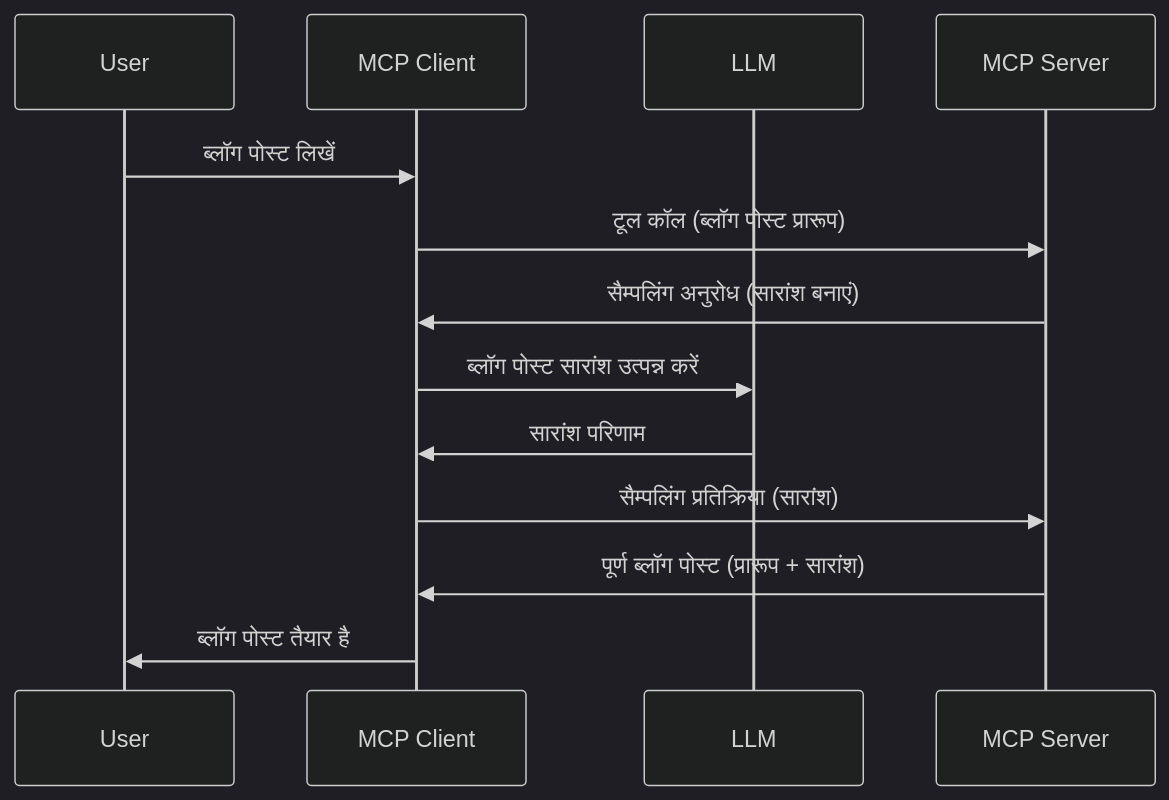
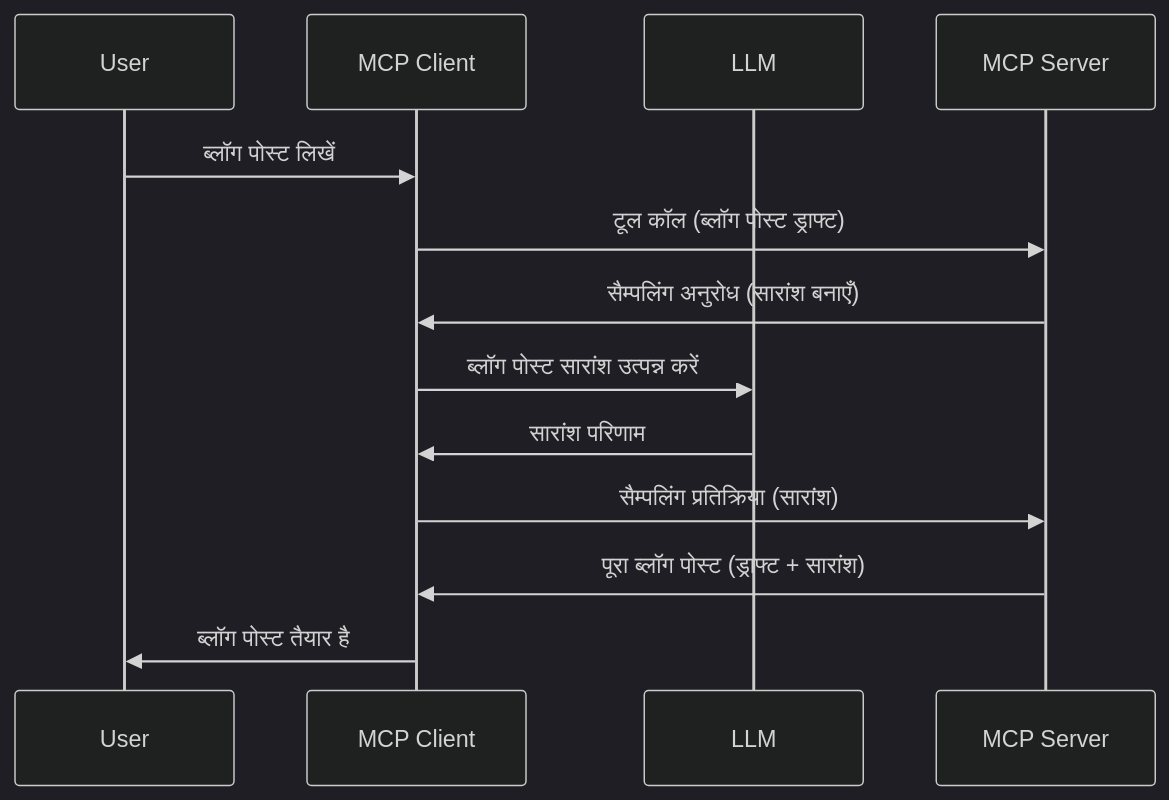
The diagram in mcp_ecosystem__model_context_protocol/mcp_learning_resources/mcp-for-beginners/translations/hi/03-GettingStarted/14-sampling/README.md (HIDORAKAI002/ai-workspace-archive), drawn with Mermaid (dark theme) before and after one commit. The commit also changed other lines of this file and 1539 other files, not shown here.

````diff
--- a/mcp_ecosystem__model_context_protocol/mcp_learning_resources/mcp-for-beginners/translations/hi/03-GettingStarted/14-sampling/README.md
+++ b/mcp_ecosystem__model_context_protocol/mcp_learning_resources/mcp-for-beginners/translations/hi/03-GettingStarted/14-sampling/README.md
@@ -23,16 +23,16 @@
 ```mermaid
 sequenceDiagram
     participant User
     participant MCP Client
     participant LLM
     participant MCP Server
 
     User->>MCP Client: ब्लॉग पोस्ट लिखें
-    MCP Client->>MCP Server: टूल कॉल (ब्लॉग पोस्ट प्रारूप)
-    MCP Server->>MCP Client: सैम्पलिंग अनुरोध (सारांश बनाएं)
+    MCP Client->>MCP Server: टूल कॉल (ब्लॉग पोस्ट ड्राफ्ट)
+    MCP Server->>MCP Client: सैम्पलिंग अनुरोध (सारांश बनाएँ)
     MCP Client->>LLM: ब्लॉग पोस्ट सारांश उत्पन्न करें
     LLM->>MCP Client: सारांश परिणाम
     MCP Client->>MCP Server: सैम्पलिंग प्रतिक्रिया (सारांश)
-    MCP Server->>MCP Client: पूर्ण ब्लॉग पोस्ट (प्रारूप + सारांश)
+    MCP Server->>MCP Client: पूरा ब्लॉग पोस्ट (ड्राफ्ट + सारांश)
     MCP Client->>User: ब्लॉग पोस्ट तैयार है
 ```
````
